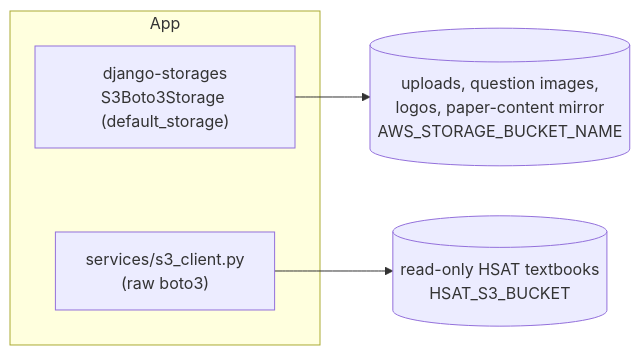
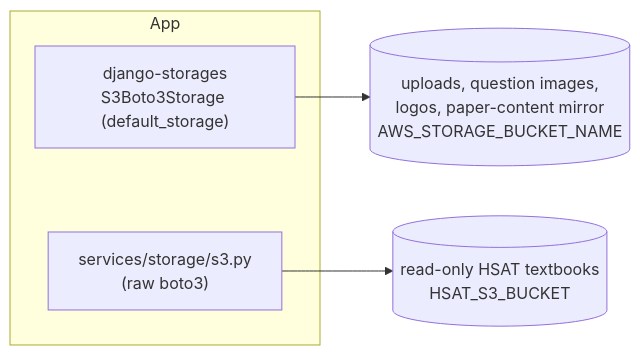
One commit to Paardhu22/qp-gen changed diagram 14 of 16 in README.md. Above: the diagram before and after it, drawn with Mermaid. The commit also changed other lines of this file and 398 other files, not shown here.

````diff
--- a/README.md
+++ b/README.md
@@ -1330,11 +1330,11 @@
 ```mermaid
 flowchart LR
     subgraph App
         DS["django-storages<br/>S3Boto3Storage (default_storage)"]
-        S3C["services/s3_client.py<br/>(raw boto3)"]
+        S3C["services/storage/s3.py<br/>(raw boto3)"]
     end
     UP[("uploads, question images,<br/>logos, paper-content mirror<br/>AWS_STORAGE_BUCKET_NAME")]
     HS[("read-only HSAT textbooks<br/>HSAT_S3_BUCKET")]
     DS --> UP
     S3C --> HS
 ```
````
